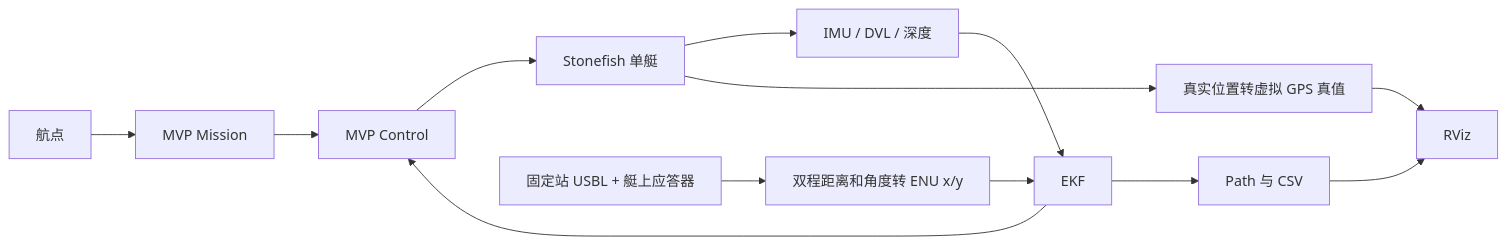
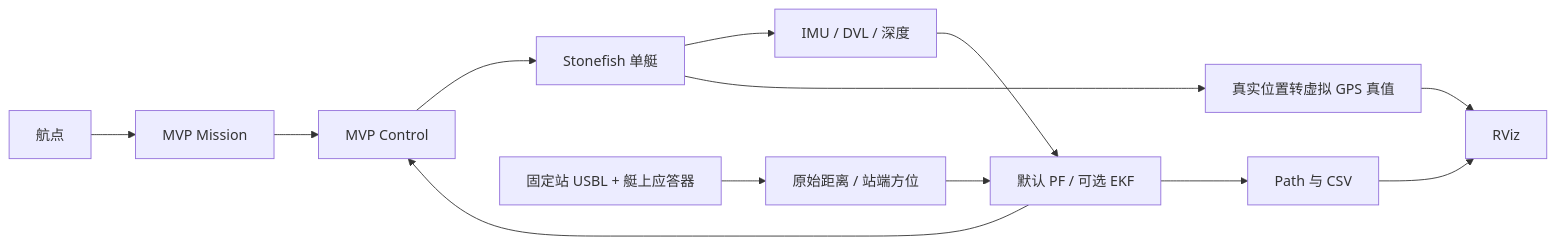
Before and after one commit to lidongyang2004/baseline_robot: the diagram in readme.md, drawn with Mermaid. The commit also changed other lines of this file and 160 other files, not shown here.

````diff
--- a/readme.md
+++ b/readme.md
@@ -251,15 +274,15 @@
 ```mermaid
 flowchart LR
   W[航点] --> M[MVP Mission]
   M --> C[MVP Control]
   C --> S[Stonefish 单艇]
   S --> I[IMU / DVL / 深度]
-  I --> E[EKF]
+  I --> E[默认 PF / 可选 EKF]
   E --> C
   E --> P[Path 与 CSV]
   S --> T[真实位置转虚拟 GPS 真值]
   P --> R[RViz]
   T --> R
-  U[固定站 USBL + 艇上应答器] --> A[双程距离和角度转 ENU x/y]
+  U[固定站 USBL + 艇上应答器] --> A[原始距离 / 站端方位]
   A --> E
 ```
````
